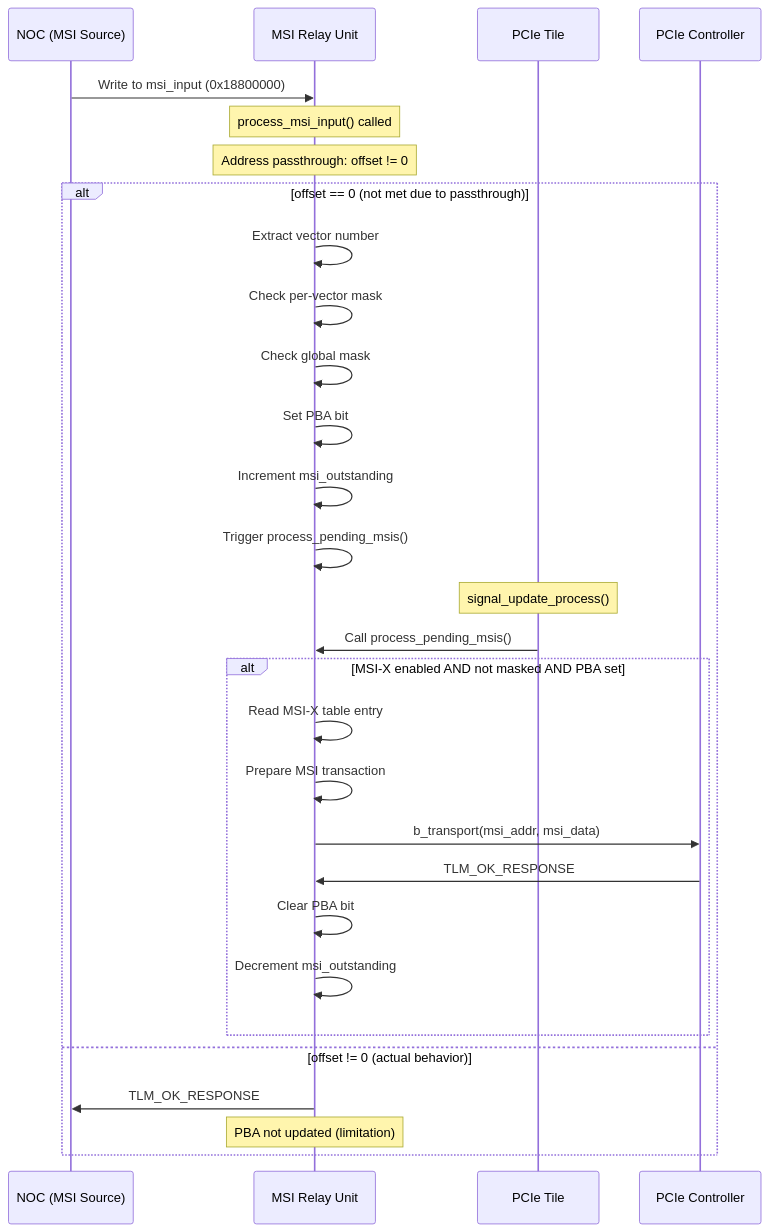
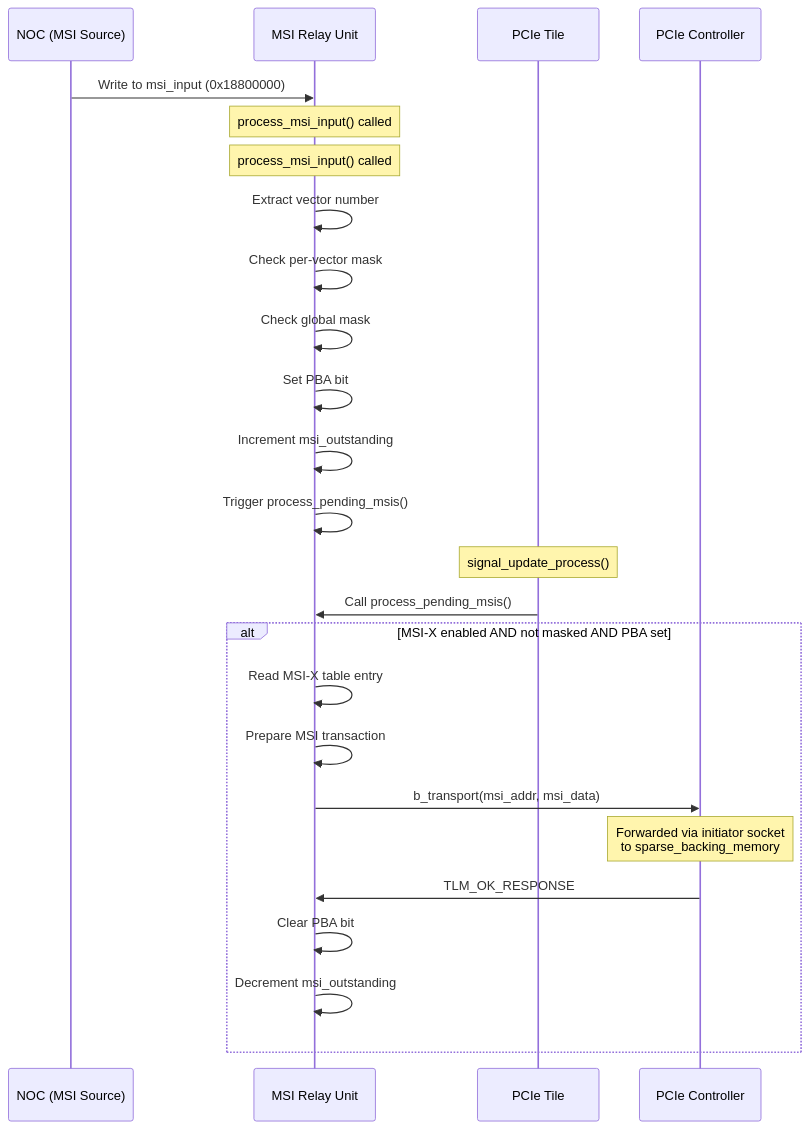
The tenth of 27 diagrams in docs_source/hld.md (pdroyTT/Keraunos_PCIe_TILE), drawn with Mermaid before and after one commit. The commit also changed other lines of this file and 744 other files, not shown here.

````diff
--- a/docs_source/hld.md
+++ b/docs_source/hld.md
@@ -888,36 +890,31 @@
 ```{mermaid}
 sequenceDiagram
     participant NOC as NOC (MSI Source)
     participant MSI as MSI Relay Unit
     participant Tile as PCIe Tile
     participant PCIE as PCIe Controller
 
     NOC->>MSI: Write to msi_input (0x18800000)
     Note over MSI: process_msi_input() called
-    Note over MSI: Address passthrough: offset != 0
+    Note over MSI: process_msi_input() called
     
-    alt offset == 0 (not met due to passthrough)
-        MSI->>MSI: Extract vector number
-        MSI->>MSI: Check per-vector mask
-        MSI->>MSI: Check global mask
-        MSI->>MSI: Set PBA bit
-        MSI->>MSI: Increment msi_outstanding
-        MSI->>MSI: Trigger process_pending_msis()
-        
-        Note over Tile: signal_update_process()
-        Tile->>MSI: Call process_pending_msis()
-        
-        alt MSI-X enabled AND not masked AND PBA set
-            MSI->>MSI: Read MSI-X table entry
-            MSI->>MSI: Prepare MSI transaction
-            MSI->>PCIE: b_transport(msi_addr, msi_data)
-            PCIE->>MSI: TLM_OK_RESPONSE
-            MSI->>MSI: Clear PBA bit
-            MSI->>MSI: Decrement msi_outstanding
-        end
-        
-    else offset != 0 (actual behavior)
-        MSI->>NOC: TLM_OK_RESPONSE
-        Note over MSI: PBA not updated (limitation)
+    MSI->>MSI: Extract vector number
+    MSI->>MSI: Check per-vector mask
+    MSI->>MSI: Check global mask
+    MSI->>MSI: Set PBA bit
+    MSI->>MSI: Increment msi_outstanding
+    MSI->>MSI: Trigger process_pending_msis()
+    
+    Note over Tile: signal_update_process()
+    Tile->>MSI: Call process_pending_msis()
+    
+    alt MSI-X enabled AND not masked AND PBA set
+        MSI->>MSI: Read MSI-X table entry
+        MSI->>MSI: Prepare MSI transaction
+        MSI->>PCIE: b_transport(msi_addr, msi_data)
+        Note over PCIE: Forwarded via initiator socket<br/>to sparse_backing_memory
+        PCIE->>MSI: TLM_OK_RESPONSE
+        MSI->>MSI: Clear PBA bit
+        MSI->>MSI: Decrement msi_outstanding
     end
 ```
````
